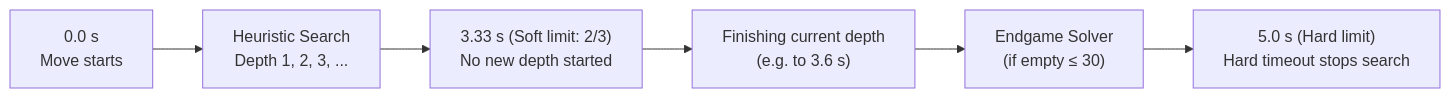
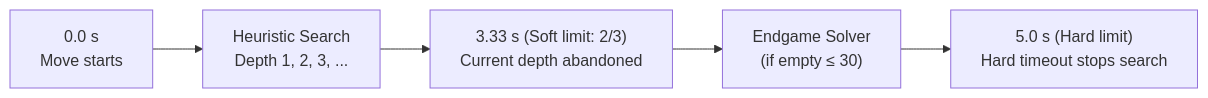
One commit to cjp-dev/Connect-4 changed the diagram in docs/brain/10-time-control.md. Above: the diagram before and after it, drawn with Mermaid. The commit also changed other lines of this file and 1 other file, not shown here.

Commit message:
Docs: the solver now always gets the last third of the time
Chapters 09 and 10 describe the change in the previous commit: when the
endgame solver follows, the heuristic search stops at the soft limit.

````diff
--- a/docs/brain/10-time-control.md
+++ b/docs/brain/10-time-control.md
@@ -40,8 +40,7 @@
 ```mermaid
 flowchart LR
     Start["0.0 s<br/>Move starts"] --> Search["Heuristic Search<br/>Depth 1, 2, 3, ..."]
-    Search --> Soft["3.33 s (Soft limit: 2/3)<br/>No new depth started"]
-    Soft --> LastDepth["Finishing current depth<br/>(e.g. to 3.6 s)"]
-    LastDepth --> Solver["Endgame Solver<br/>(if empty &le; 30)"]
+    Search --> Soft["3.33 s (Soft limit: 2/3)<br/>Current depth abandoned"]
+    Soft --> Solver["Endgame Solver<br/>(if empty &le; 30)"]
     Solver --> Hard["5.0 s (Hard limit)<br/>Hard timeout stops search"]
 ```
````
